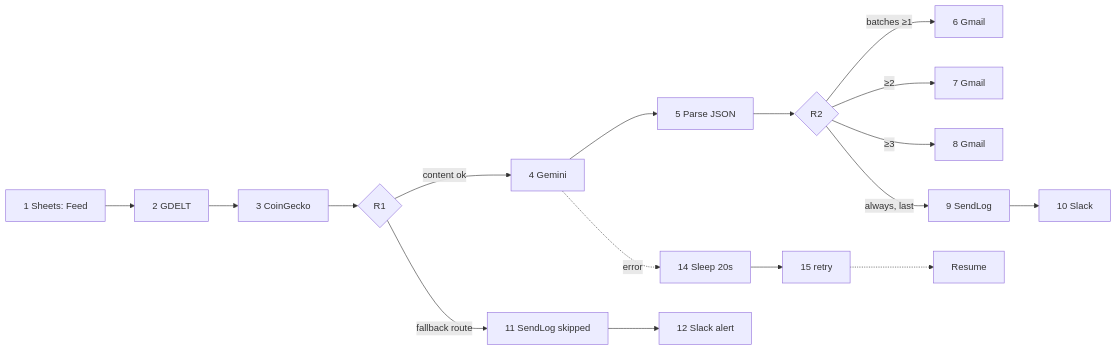
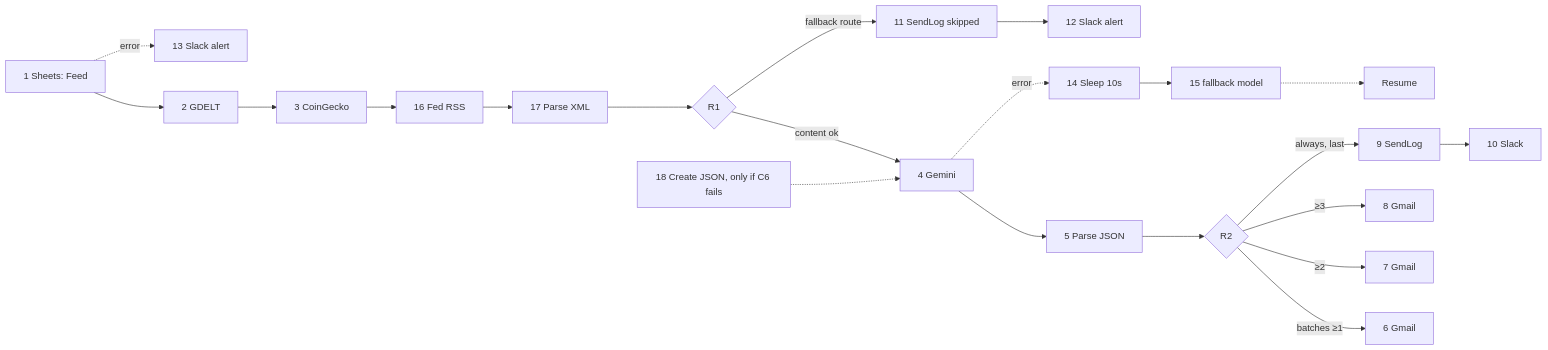
The second of 2 diagrams in docs/ARCHITECTURE.md (notm33na/morningmarket), drawn with Mermaid before and after one commit. The commit also changed other lines of this file and 17 other files, not shown here.

First line of the commit message:
Add Fed speeches section, Gemini fallback model, honest degraded emails

````diff
--- a/docs/ARCHITECTURE.md
+++ b/docs/ARCHITECTURE.md
@@ -23,11 +24,13 @@
 ```mermaid
 flowchart LR
-  M1[1 Sheets: Feed] --> M2[2 GDELT] --> M3[3 CoinGecko] --> R1{R1}
+  M1[1 Sheets: Feed] --> M2[2 GDELT] --> M3[3 CoinGecko] --> M16[16 Fed RSS] --> M17[17 Parse XML] --> R1{R1}
   R1 -->|content ok| M4[4 Gemini] --> M5[5 Parse JSON] --> R2{R2}
   R2 -->|batches ≥1| M6[6 Gmail]
   R2 -->|≥2| M7[7 Gmail]
   R2 -->|≥3| M8[8 Gmail]
   R2 -->|always, last| M9[9 SendLog] --> M10[10 Slack]
   R1 -->|fallback route| M11[11 SendLog skipped] --> M12[12 Slack alert]
-  M4 -.error.-> S1[14 Sleep 20s] --> M4r[15 retry] -.-> RES[Resume]
+  M1 -.error.-> M13[13 Slack alert]
+  M4 -.error.-> S1[14 Sleep 10s] --> M4r[15 fallback model] -.-> RES[Resume]
+  M18[18 Create JSON, only if C6 fails] -.-> M4
 ```
````
